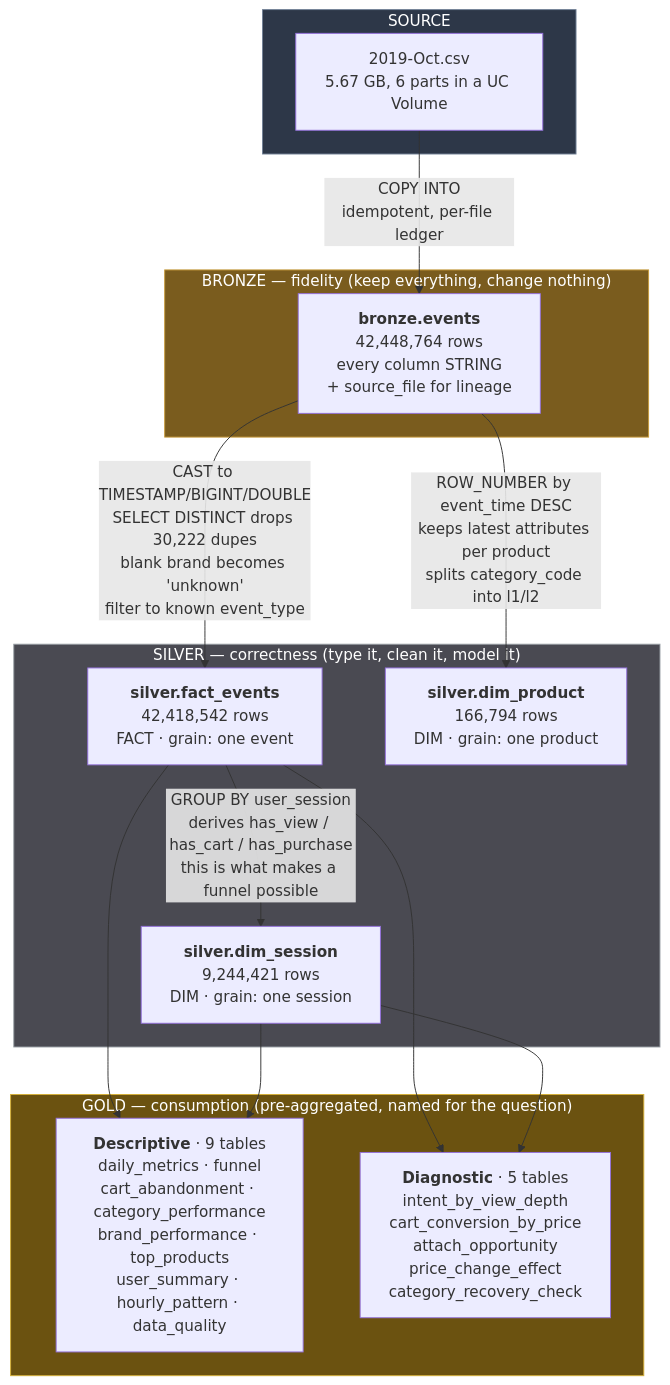
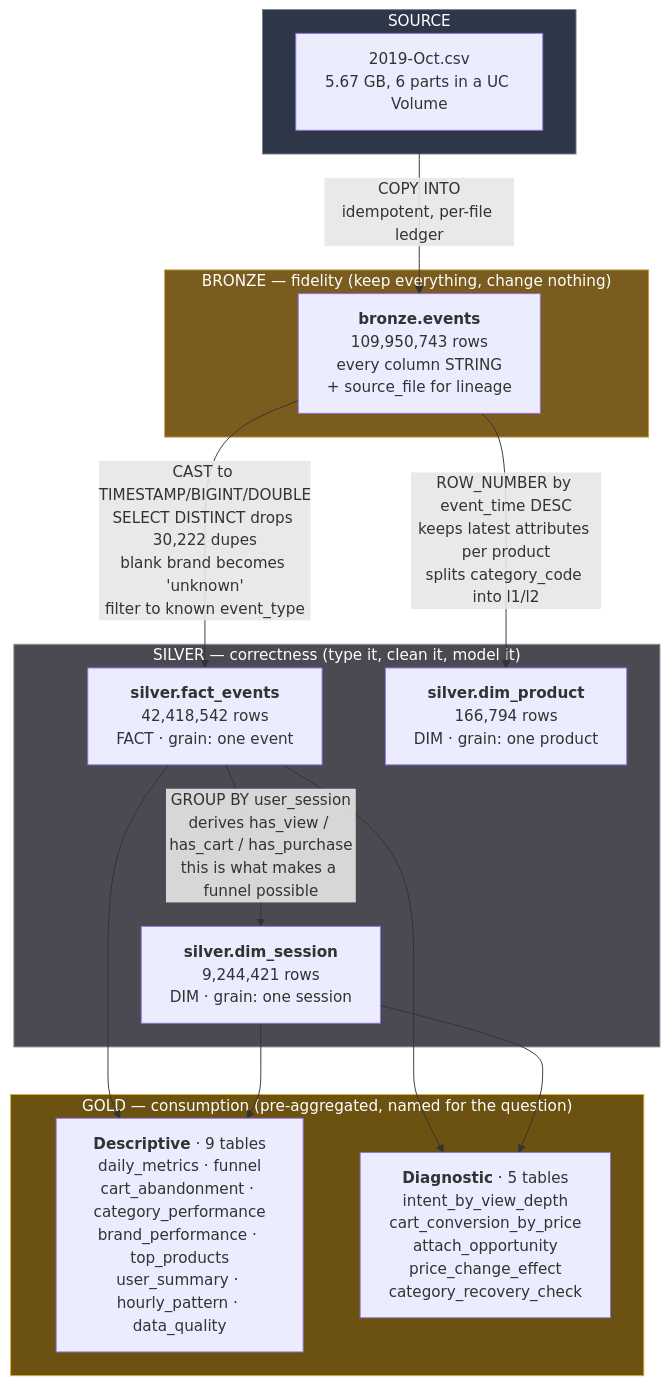
Before and after one commit to drdhavaltrivedi/ecommerce-databricks-lakehouse: the second of 3 diagrams in README.md, drawn with Mermaid. The commit also changed other lines of this file and 5 other files, not shown here.

````diff
--- a/README.md
+++ b/README.md
@@ -271,37 +277,37 @@
 ```mermaid
 flowchart TD
     subgraph SRC["SOURCE"]
         CSV["2019-Oct.csv<br/>5.67 GB, 6 parts in a UC Volume"]
     end
 
     subgraph BRZ["BRONZE — fidelity (keep everything, change nothing)"]
-        BE["<b>bronze.events</b><br/>42,448,764 rows<br/>every column STRING<br/>+ source_file for lineage"]
+        BE["<b>bronze.events</b><br/>109,950,743 rows<br/>every column STRING<br/>+ source_file for lineage"]
     end
 
     subgraph SLV["SILVER — correctness (type it, clean it, model it)"]
         FE["<b>silver.fact_events</b><br/>42,418,542 rows<br/>FACT · grain: one event"]
         DP["<b>silver.dim_product</b><br/>166,794 rows<br/>DIM · grain: one product"]
         DS["<b>silver.dim_session</b><br/>9,244,421 rows<br/>DIM · grain: one session"]
     end
 
     subgraph GLD["GOLD — consumption (pre-aggregated, named for the question)"]
         GD["<b>Descriptive</b> · 9 tables<br/>daily_metrics · funnel<br/>cart_abandonment · category_performance<br/>brand_performance · top_products<br/>user_summary · hourly_pattern · data_quality"]
         GO["<b>Diagnostic</b> · 5 tables<br/>intent_by_view_depth<br/>cart_conversion_by_price<br/>attach_opportunity<br/>price_change_effect<br/>category_recovery_check"]
     end
 
     CSV -->|"COPY INTO<br/>idempotent, per-file ledger"| BE
 
     BE -->|"CAST to TIMESTAMP/BIGINT/DOUBLE<br/>SELECT DISTINCT drops 30,222 dupes<br/>blank brand becomes 'unknown'<br/>filter to known event_type"| FE
     BE -->|"ROW_NUMBER by event_time DESC<br/>keeps latest attributes per product<br/>splits category_code into l1/l2"| DP
     FE -->|"GROUP BY user_session<br/>derives has_view / has_cart / has_purchase<br/>this is what makes a funnel possible"| DS
 
     FE --> GD
     DS --> GD
     FE --> GO
     DS --> GO
 
     style BRZ fill:#7a5c1e,stroke:#c89b3c,color:#fff
     style SLV fill:#4a4a52,stroke:#9aa0a6,color:#fff
     style GLD fill:#6b5210,stroke:#d4af37,color:#fff
     style SRC fill:#2d3748,stroke:#718096,color:#fff
 ```
````
